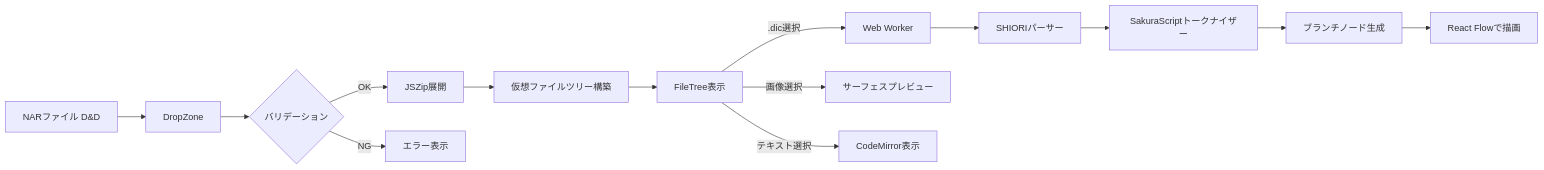
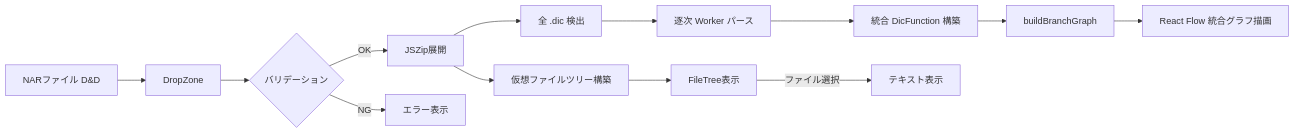
Before and after one commit to ivgtr/ghost-viewer: the diagram in .docs/ARCHITECTURE.md, drawn with Mermaid. The commit also changed other lines of this file and 1 other file, not shown here.

First line of the commit message:
docs: revise roadmap and architecture for conversation graph pivot

````diff
--- a/.docs/ARCHITECTURE.md
+++ b/.docs/ARCHITECTURE.md
@@ -110,16 +107,15 @@
 ```mermaid
 flowchart LR
     A[NARファイル D&D] --> B[DropZone]
     B --> C{バリデーション}
     C -->|OK| D[JSZip展開]
     C -->|NG| E[エラー表示]
     D --> F[仮想ファイルツリー構築]
     F --> G[FileTree表示]
-    G -->|.dic選択| H[Web Worker]
-    H --> I[SHIORIパーサー]
-    I --> J[SakuraScriptトークナイザー]
-    J --> K[ブランチノード生成]
-    K --> L[React Flowで描画]
-    G -->|画像選択| M[サーフェスプレビュー]
-    G -->|テキスト選択| N[CodeMirror表示]
+    D --> H[全 .dic 検出]
+    H --> I[逐次 Worker パース]
+    I --> J[統合 DicFunction 構築]
+    J --> K[buildBranchGraph]
+    K --> L[React Flow 統合グラフ描画]
+    G -->|ファイル選択| M[テキスト表示]
 ```
````
